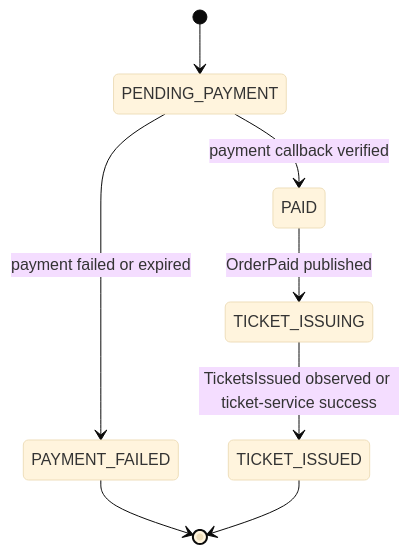
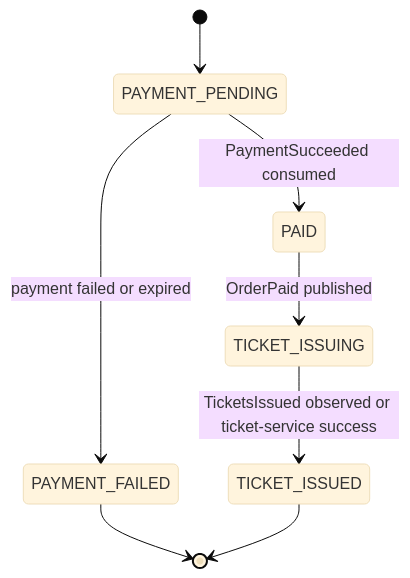
One commit to software-design-138gogo/tickefy-backend changed the second of 3 diagrams in docs/contracts/flows/payment-ticket-flow.md. Above: the diagram before and after it, drawn with Mermaid (base theme). The commit also changed other lines of this file and 17 other files, not shown here.

````diff
--- a/docs/contracts/flows/payment-ticket-flow.md
+++ b/docs/contracts/flows/payment-ticket-flow.md
@@ -87,10 +88,10 @@
 ```mermaid
 stateDiagram-v2
-    [*] --> PENDING_PAYMENT
-    PENDING_PAYMENT --> PAID: payment callback verified
+    [*] --> PAYMENT_PENDING
+    PAYMENT_PENDING --> PAID: PaymentSucceeded consumed
     PAID --> TICKET_ISSUING: OrderPaid published
     TICKET_ISSUING --> TICKET_ISSUED: TicketsIssued observed or ticket-service success
-    PENDING_PAYMENT --> PAYMENT_FAILED: payment failed or expired
+    PAYMENT_PENDING --> PAYMENT_FAILED: payment failed or expired
     PAYMENT_FAILED --> [*]
     TICKET_ISSUED --> [*]
 ```
````
